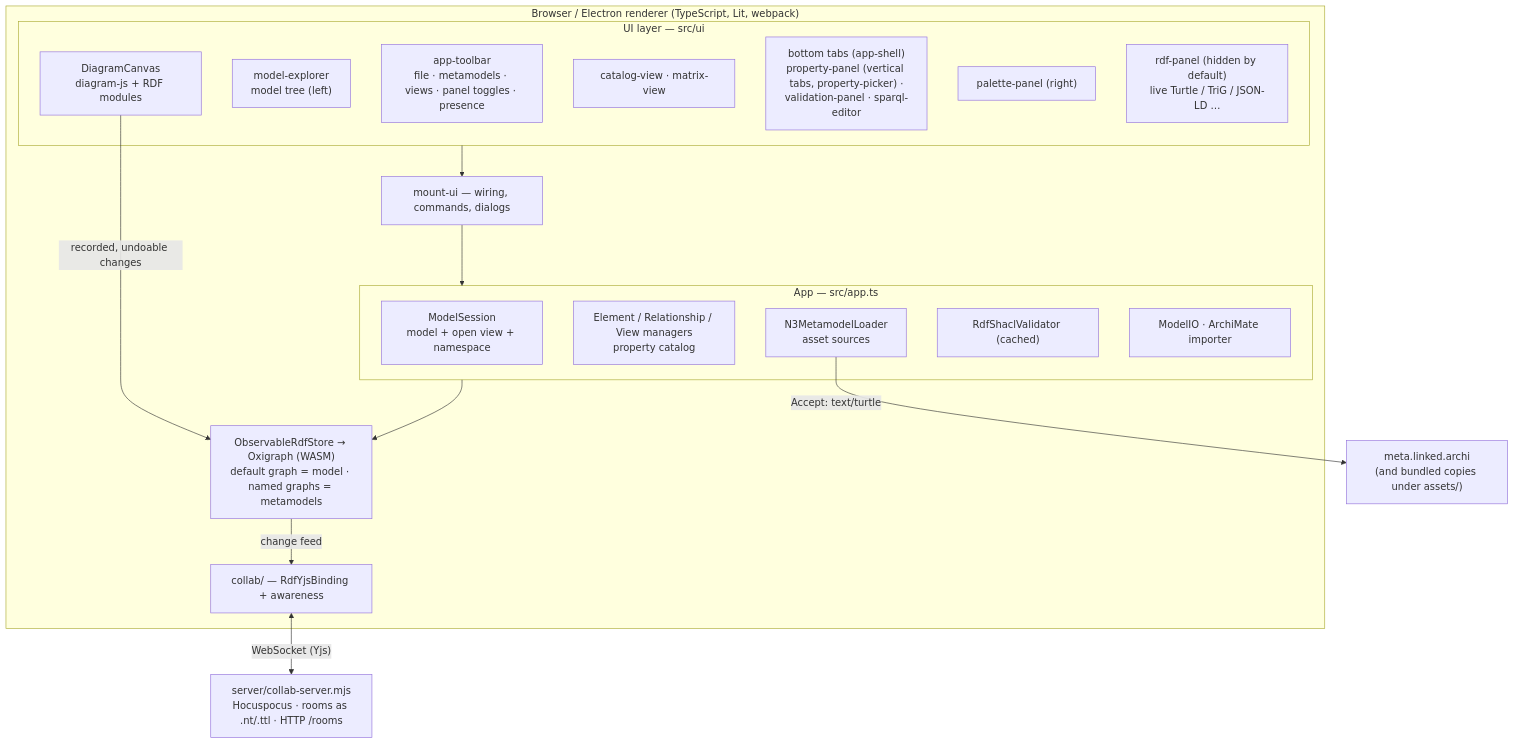
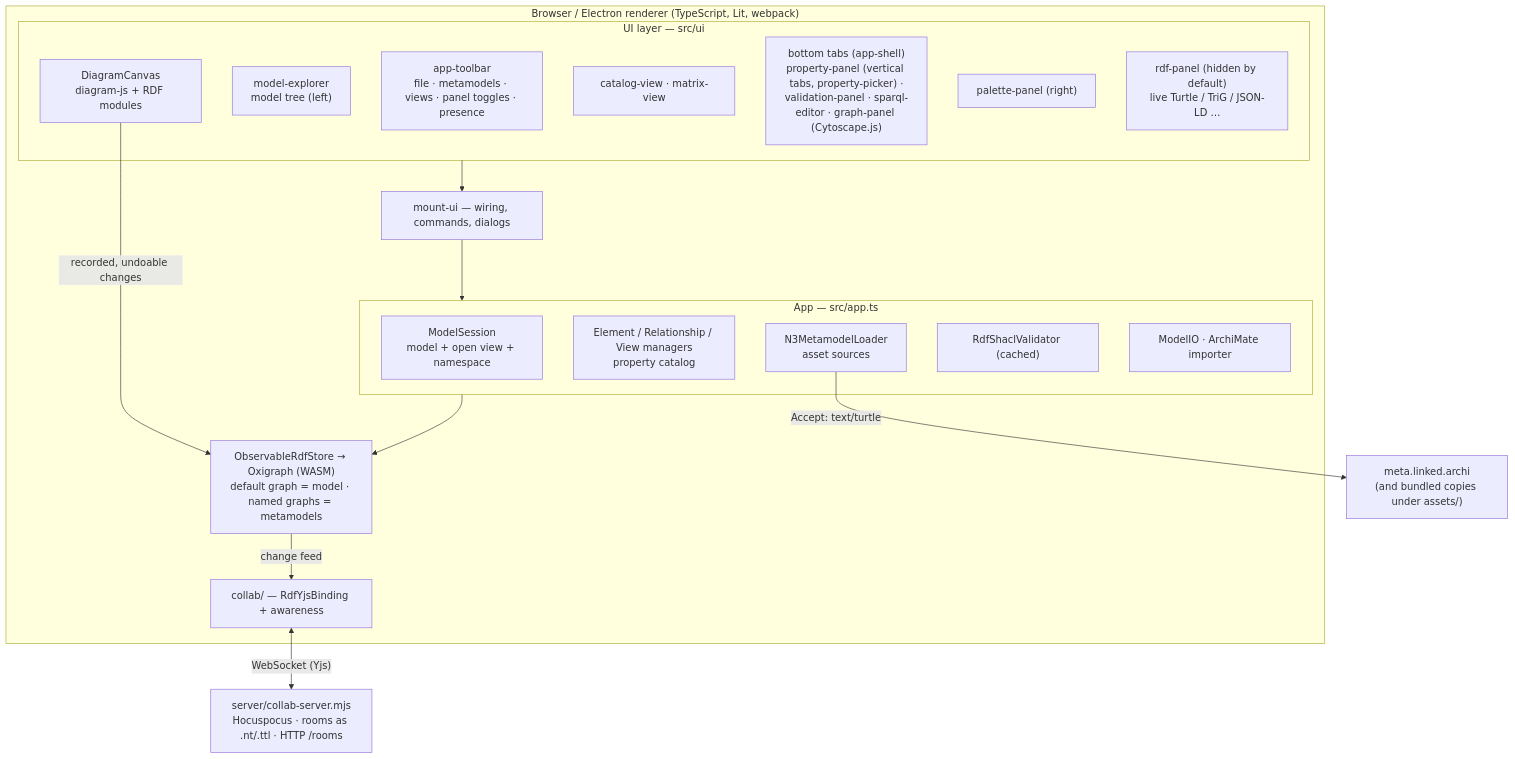
The first of 2 diagrams in .kiro/specs/la-gram/design.md (linked-archi/la-gram), drawn with Mermaid before and after one commit. The commit also changed other lines of this file and 19 other files, not shown here.

````diff
--- a/.kiro/specs/la-gram/design.md
+++ b/.kiro/specs/la-gram/design.md
@@ -19,32 +19,32 @@
 ```mermaid
 graph TB
     subgraph Browser["Browser / Electron renderer (TypeScript, Lit, webpack)"]
         subgraph UI["UI layer — src/ui"]
             Toolbar["app-toolbar<br/>file · metamodels · views · panel toggles · presence"]
             Tree["model-explorer<br/>model tree (left)"]
             Canvas["DiagramCanvas<br/>diagram-js + RDF modules"]
             Alt["catalog-view · matrix-view"]
-            Bottom["bottom tabs (app-shell)<br/>property-panel (vertical tabs, property-picker) ·<br/>validation-panel · sparql-editor"]
+            Bottom["bottom tabs (app-shell)<br/>property-panel (vertical tabs, property-picker) ·<br/>validation-panel · sparql-editor · graph-panel (Cytoscape.js)"]
             Palette["palette-panel (right)"]
             Rdf["rdf-panel (hidden by default)<br/>live Turtle / TriG / JSON-LD …"]
         end
         Mount["mount-ui — wiring, commands, dialogs"]
         subgraph Core["App — src/app.ts"]
             Session["ModelSession<br/>model + open view + namespace"]
             Managers["Element / Relationship / View managers<br/>property catalog"]
             MM["N3MetamodelLoader<br/>asset sources"]
             Val["RdfShaclValidator (cached)"]
             IO["ModelIO · ArchiMate importer"]
         end
         Store["ObservableRdfStore → Oxigraph (WASM)<br/>default graph = model · named graphs = metamodels"]
         Collab["collab/ — RdfYjsBinding + awareness"]
     end
     Server["server/collab-server.mjs<br/>Hocuspocus · rooms as .nt/.ttl · HTTP /rooms"]
     Meta["meta.linked.archi<br/>(and bundled copies under assets/)"]
 
     UI --> Mount --> Core --> Store
     Canvas -- "recorded, undoable changes" --> Store
     Store -- "change feed" --> Collab
     Collab <-- "WebSocket (Yjs)" --> Server
     MM -- "Accept: text/turtle" --> Meta
 ```
````
